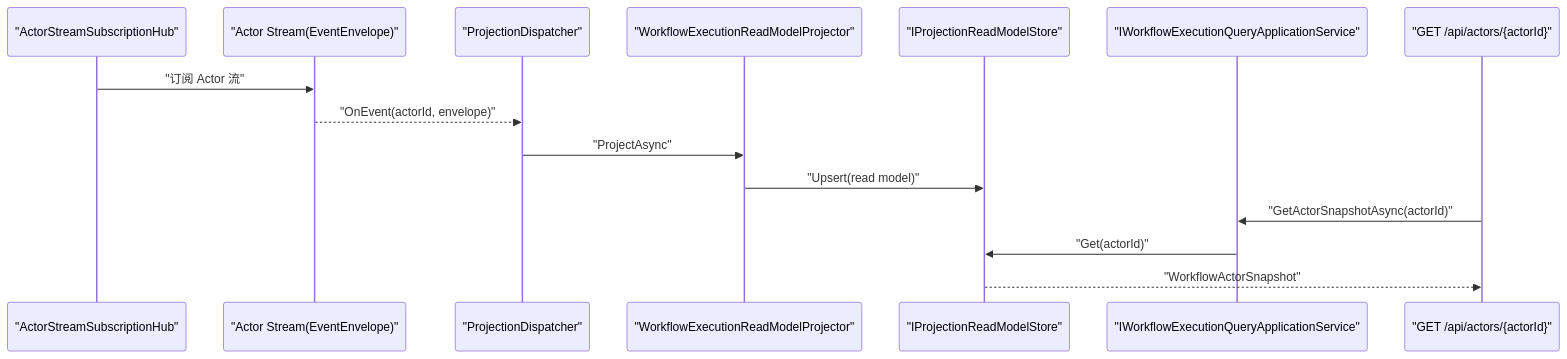
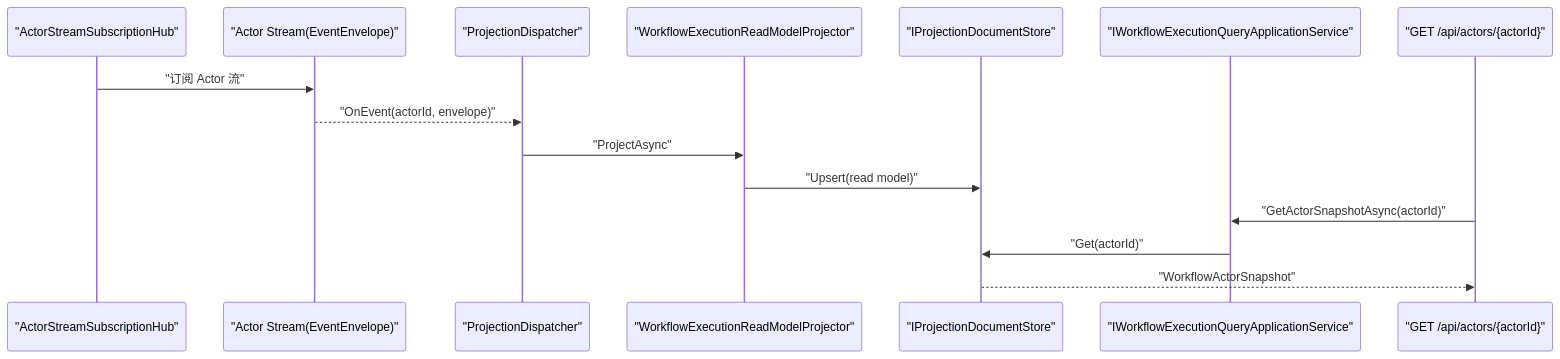
Before and after one commit to aevatarAI/aevatar: the fifth of 5 diagrams in src/workflow/README.md, drawn with Mermaid. The commit also changed other lines of this file and 64 other files, not shown here.

````diff
--- a/src/workflow/README.md
+++ b/src/workflow/README.md
@@ -191,19 +191,19 @@
 ```mermaid
 %%{init: {"maxTextSize": 100000, "flowchart": {"useMaxWidth": false, "nodeSpacing": 10, "rankSpacing": 50}, "themeVariables": {"fontSize": "10px"}}}%%
 sequenceDiagram
   participant Runtime as "ActorStreamSubscriptionHub"
   participant Stream as "Actor Stream(EventEnvelope)"
   participant Dispatcher as "ProjectionDispatcher"
   participant Projector as "WorkflowExecutionReadModelProjector"
-  participant Store as "IProjectionReadModelStore"
+  participant Store as "IProjectionDocumentStore"
   participant Query as "IWorkflowExecutionQueryApplicationService"
   participant Api as "GET /api/actors/{actorId}"
 
   Runtime->>Stream: "订阅 Actor 流"
   Stream-->>Dispatcher: "OnEvent(actorId, envelope)"
   Dispatcher->>Projector: "ProjectAsync"
   Projector->>Store: "Upsert(read model)"
   Api->>Query: "GetActorSnapshotAsync(actorId)"
   Query->>Store: "Get(actorId)"
   Store-->>Api: "WorkflowActorSnapshot"
 ```
````
